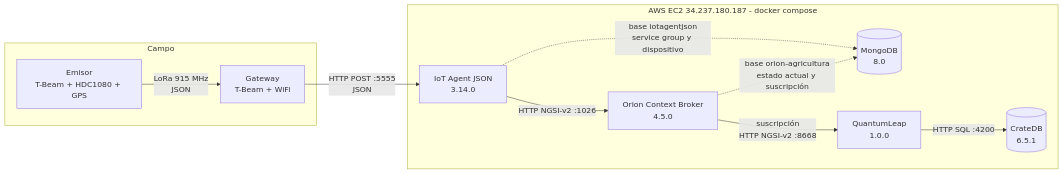
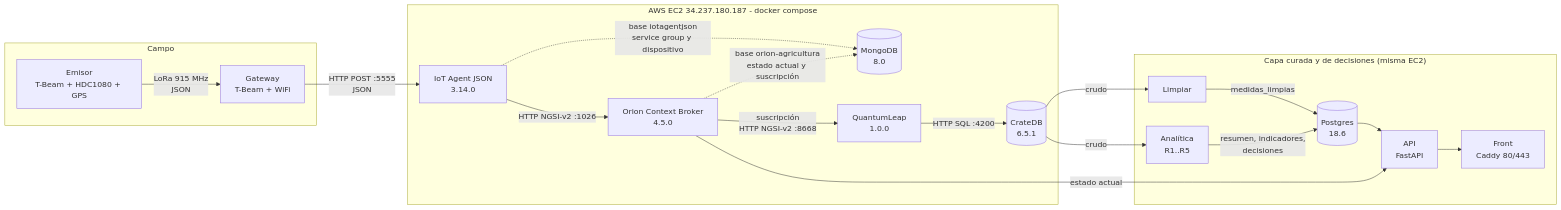
Before and after one commit to nickmen1201/proyecto_final_iot: the diagram in nube/README.md, drawn with Mermaid. The commit also changed other lines of this file and 15 other files, not shown here.

````diff
--- a/nube/README.md
+++ b/nube/README.md
@@ -29,21 +34,35 @@
 ```mermaid
 flowchart LR
     subgraph Campo
         E["Emisor<br/>T-Beam + HDC1080 + GPS"]
         G["Gateway<br/>T-Beam + WiFi"]
     end
     subgraph EC2["AWS EC2 34.237.180.187 - docker compose"]
         IOTA["IoT Agent JSON<br/>3.14.0"]
         ORION["Orion Context Broker<br/>4.5.0"]
         MONGO[("MongoDB<br/>8.0")]
         QL["QuantumLeap<br/>1.0.0"]
         CRATE[("CrateDB<br/>6.5.1")]
     end
+    subgraph Decision["Capa curada y de decisiones (misma EC2)"]
+        LIMPIAR["Limpiar"]
+        ANALITICA["Analítica<br/>R1..R5"]
+        PG[("Postgres<br/>18.6")]
+        API["API<br/>FastAPI"]
+        FRONT["Front<br/>Caddy 80/443"]
+    end
     E -- "LoRa 915 MHz<br/>JSON" --> G
     G -- "HTTP POST :5555<br/>JSON" --> IOTA
     IOTA -- "HTTP NGSI-v2 :1026" --> ORION
     IOTA -. "base iotagentjson<br/>service group y dispositivo" .-> MONGO
     ORION -. "base orion-agricultura<br/>estado actual y suscripción" .-> MONGO
     ORION -- "suscripción<br/>HTTP NGSI-v2 :8668" --> QL
     QL -- "HTTP SQL :4200" --> CRATE
+    CRATE -- "crudo" --> LIMPIAR
+    CRATE -- "crudo" --> ANALITICA
+    LIMPIAR -- "medidas_limpias" --> PG
+    ANALITICA -- "resumen, indicadores,<br/>decisiones" --> PG
+    PG --> API
+    ORION -- "estado actual" --> API
+    API --> FRONT
 ```
````
